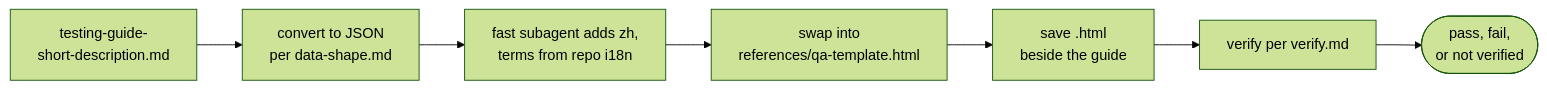
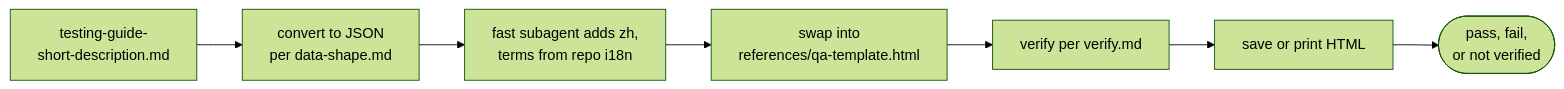
One commit to le0u0/just-do-it changed the first of 2 diagrams in docs/to-test-html.md. Above: the diagram before and after it, drawn with Mermaid (forest theme). The commit also changed other lines of this file and 40 other files, not shown here.

````diff
--- a/docs/to-test-html.md
+++ b/docs/to-test-html.md
@@ -7,9 +7,9 @@
 ```mermaid
 flowchart LR
     G[testing-guide-<br/>short-description.md] --> J[convert to JSON<br/>per data-shape.md]
     J --> Z[fast subagent adds zh,<br/>terms from repo i18n]
     Z --> T[swap into<br/>references/qa-template.html]
-    T --> H[save .html<br/>beside the guide]
-    H --> V[verify per verify.md]
-    V --> O([pass, fail,<br/>or not verified])
+    T --> V[verify per verify.md]
+    V --> H[save or print HTML]
+    H --> O([pass, fail,<br/>or not verified])
 ```
````
